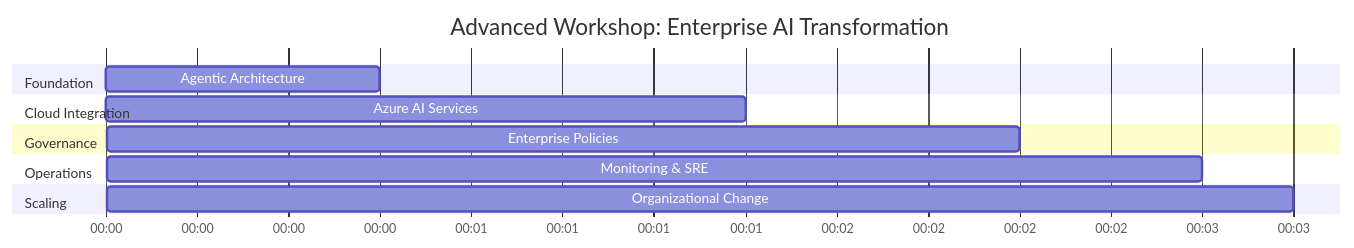
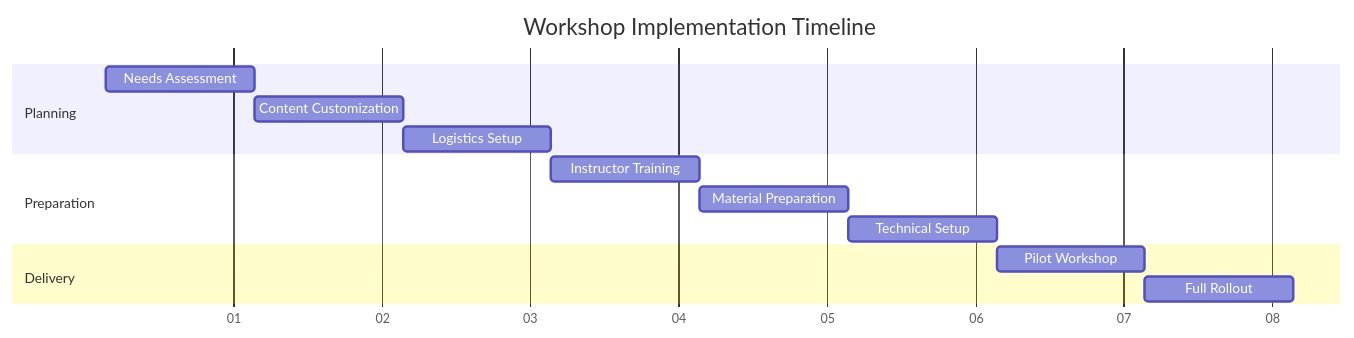
Before and after one commit to paulasilvatech/Code-AI-Dev: the seventh of 8 diagrams in docs/workshop_structure.md, drawn with Mermaid. The commit also changed other lines of this file and 4 other files, not shown here.

````diff
--- a/docs/workshop_structure.md
+++ b/docs/workshop_structure.md
@@ -340,21 +423,20 @@
 ```mermaid
 gantt
-    title Advanced Workshop: Enterprise AI Transformation
-    dateFormat X
-    axisFormat %H:%M
+    title Workshop Implementation Timeline
+    dateFormat YYYY-MM-DD
+    axisFormat %U
     
-    section Foundation
-    Agentic Architecture          :arch, 0, 45
+    section Planning
+    Needs Assessment        :plan1, 2024-01-01, 1w
+    Content Customization   :plan2, after plan1, 1w
+    Logistics Setup        :plan3, after plan2, 1w
     
-    section Cloud Integration
-    Azure AI Services             :azure, 45, 105
+    section Preparation
+    Instructor Training    :prep1, after plan3, 1w
+    Material Preparation   :prep2, after prep1, 1w
+    Technical Setup       :prep3, after prep2, 1w
     
-    section Governance
-    Enterprise Policies           :gov, 105, 150
-    
-    section Operations
-    Monitoring & SRE             :ops, 150, 180
-    
-    section Scaling
-    Organizational Change         :scale, 180, 195
+    section Delivery
+    Pilot Workshop        :del1, after prep3, 1w
+    Full Rollout         :del2, after del1, 1w
 ```
````
